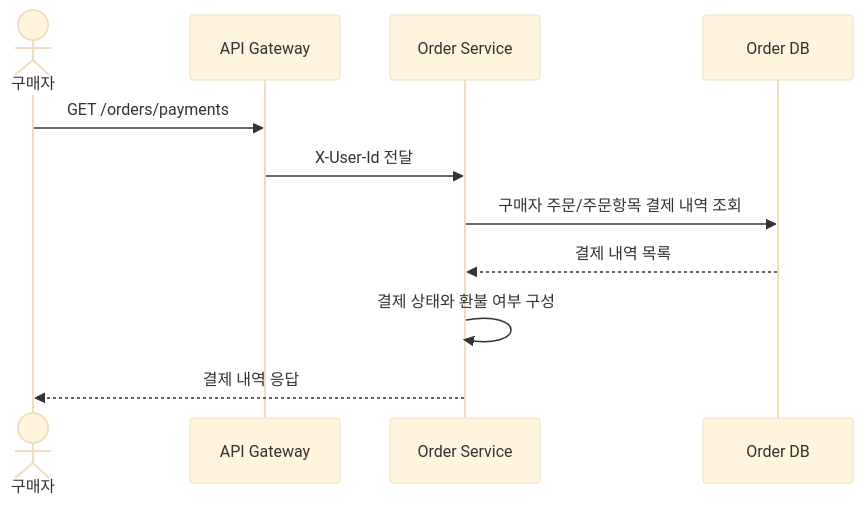
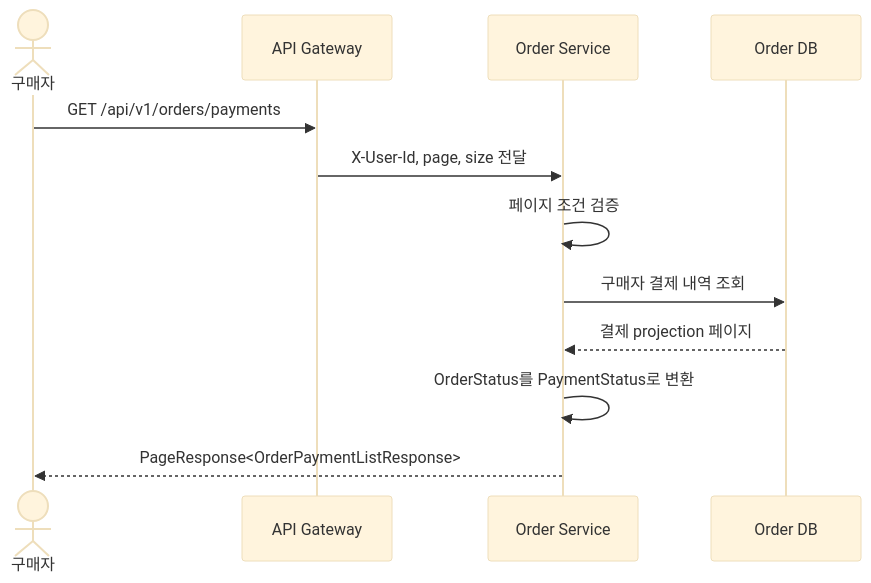
The ninth of 15 diagrams in docs/architecture/order-usecase-detail.md (prgrms-be-adv-devcourse/beadv6_6_3JMT_BE), drawn with Mermaid (base theme) before and after one commit. The commit also changed other lines of this file and 3 other files, not shown here.

````diff
--- a/docs/architecture/order-usecase-detail.md
+++ b/docs/architecture/order-usecase-detail.md
@@ -371,14 +293,15 @@
 ```mermaid
 sequenceDiagram
     actor Buyer as 구매자
     participant Gateway as API Gateway
     participant Order as Order Service
     participant DB as Order DB
 
-    Buyer->>Gateway: GET /orders/payments
-    Gateway->>Order: X-User-Id 전달
-    Order->>DB: 구매자 주문/주문항목 결제 내역 조회
-    DB-->>Order: 결제 내역 목록
-    Order->>Order: 결제 상태와 환불 여부 구성
-    Order-->>Buyer: 결제 내역 응답
+    Buyer->>Gateway: GET /api/v1/orders/payments
+    Gateway->>Order: X-User-Id, page, size 전달
+    Order->>Order: 페이지 조건 검증
+    Order->>DB: 구매자 결제 내역 조회
+    DB-->>Order: 결제 projection 페이지
+    Order->>Order: OrderStatus를 PaymentStatus로 변환
+    Order-->>Buyer: PageResponse<OrderPaymentListResponse>
 ```
````
